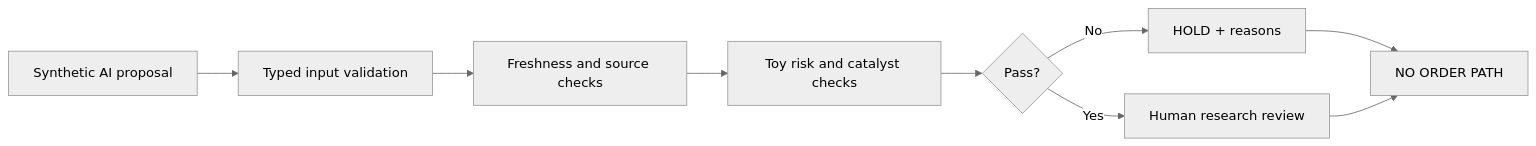
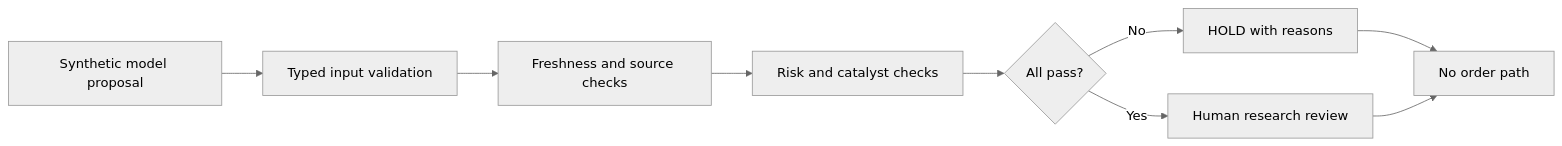
The diagram in examples/README.md (ult666666/agentic-trading-research), drawn with Mermaid (neutral theme) before and after one commit. The commit also changed other lines of this file and 1 other file, not shown here.

````diff
--- a/examples/README.md
+++ b/examples/README.md
@@ -23,11 +37,11 @@
 ```mermaid
 flowchart LR
-    A["Synthetic AI proposal"] --> B["Typed input validation"]
+    A["Synthetic model proposal"] --> B["Typed input validation"]
     B --> C["Freshness and source checks"]
-    C --> D["Toy risk and catalyst checks"]
-    D --> E{Pass?}
-    E -- No --> F["HOLD + reasons"]
+    C --> D["Risk and catalyst checks"]
+    D --> E{All pass?}
+    E -- No --> F["HOLD with reasons"]
     E -- Yes --> G["Human research review"]
-    F --> H["NO ORDER PATH"]
+    F --> H["No order path"]
     G --> H
 ```
````
